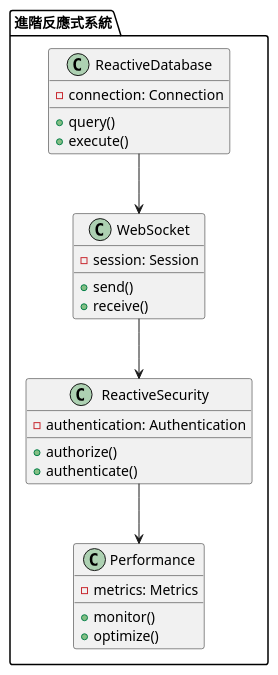
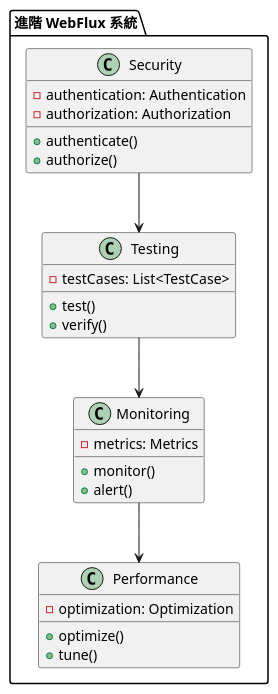
Before and after one commit to fine5351/info-sync: the third of 3 diagrams in doc/learning/lib/spring_webflux_tutorial.md, drawn with PlantUML. The commit also changed other lines of this file and 4 other files, not shown here.

````diff
--- a/doc/learning/lib/spring_webflux_tutorial.md
+++ b/doc/learning/lib/spring_webflux_tutorial.md
@@ -226,33 +218,34 @@
 ```plantuml
 @startuml
-package "進階反應式系統" {
-    class ReactiveDatabase {
-        - connection: Connection
-        + query()
-        + execute()
+package "進階 WebFlux 系統" {
+    class Security {
+        - authentication: Authentication
+        - authorization: Authorization
+        + authenticate()
+        + authorize()
     }
     
-    class WebSocket {
-        - session: Session
-        + send()
-        + receive()
+    class Testing {
+        - testCases: List<TestCase>
+        + test()
+        + verify()
     }
     
-    class ReactiveSecurity {
-        - authentication: Authentication
-        + authorize()
-        + authenticate()
+    class Monitoring {
+        - metrics: Metrics
+        + monitor()
+        + alert()
     }
     
     class Performance {
-        - metrics: Metrics
-        + monitor()
+        - optimization: Optimization
         + optimize()
+        + tune()
     }
 }
 
-ReactiveDatabase --> WebSocket
-WebSocket --> ReactiveSecurity
-ReactiveSecurity --> Performance
+Security --> Testing
+Testing --> Monitoring
+Monitoring --> Performance
 @enduml
 ```
````
